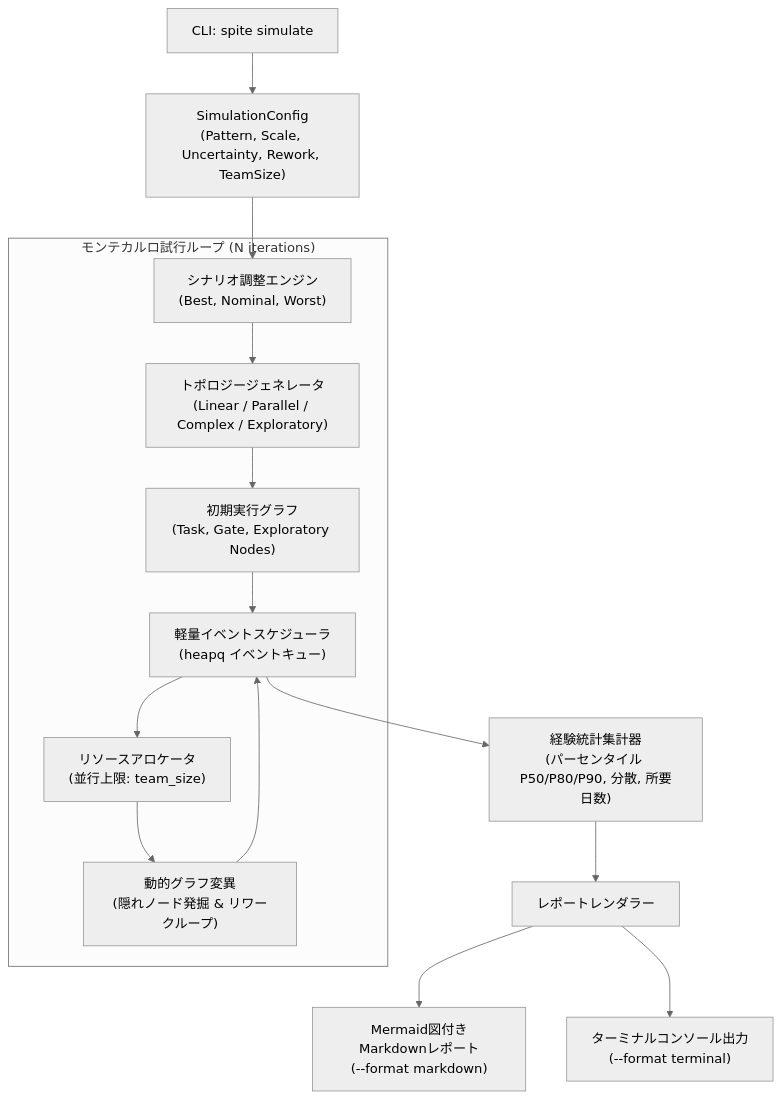
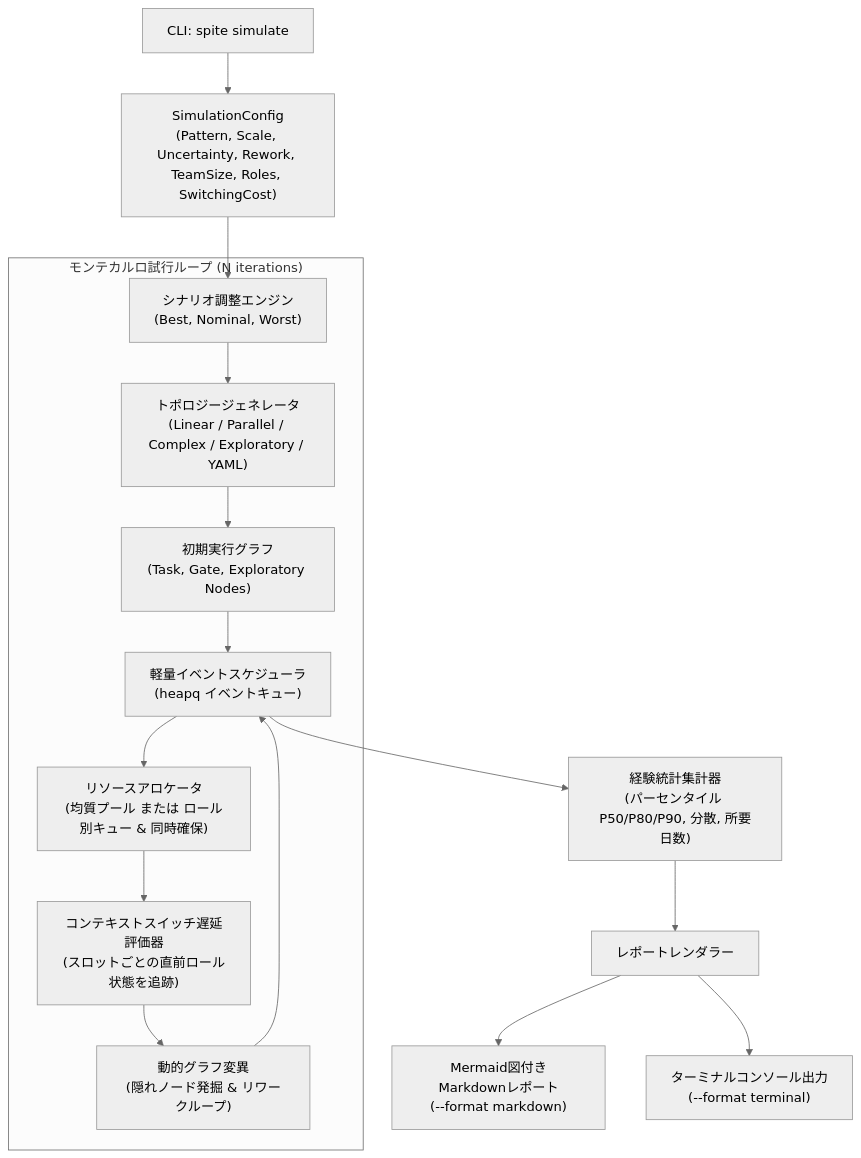
Before and after one commit to longicorn/spite: the diagram in docs/simulation/adr.ja.md, drawn with Mermaid (neutral theme). The commit also changed other lines of this file and 3 other files, not shown here.

````diff
--- a/docs/simulation/adr.ja.md
+++ b/docs/simulation/adr.ja.md
@@ -78,20 +84,21 @@
 ```mermaid
 flowchart TD
-    CLI["CLI: spite simulate"] --> Config["SimulationConfig\n(Pattern, Scale, Uncertainty, Rework, TeamSize)"]
+    CLI["CLI: spite simulate"] --> Config["SimulationConfig\n(Pattern, Scale, Uncertainty, Rework, TeamSize, Roles, SwitchingCost)"]
     Config --> ScenarioRunner["シナリオ調整エンジン\n(Best, Nominal, Worst)"]
     
     subgraph MonteCarloLoop ["モンテカルロ試行ループ (N iterations)"]
-        ScenarioRunner --> Gen["トポロジージェネレータ\n(Linear / Parallel / Complex / Exploratory)"]
+        ScenarioRunner --> Gen["トポロジージェネレータ\n(Linear / Parallel / Complex / Exploratory / YAML)"]
         Gen --> InitGraph["初期実行グラフ\n(Task, Gate, Exploratory Nodes)"]
         InitGraph --> DES["軽量イベントスケジューラ\n(heapq イベントキュー)"]
         
-        DES --> ResQueue["リソースアロケータ\n(並行上限: team_size)"]
-        ResQueue --> DynMut["動的グラフ変異\n(隠れノード発掘 & リワークループ)"]
+        DES --> ResQueue["リソースアロケータ\n(均質プール または ロール別キュー & 同時確保)"]
+        ResQueue --> SwitchEval["コンテキストスイッチ遅延評価器\n(スロットごとの直前ロール状態を追跡)"]
+        SwitchEval --> DynMut["動的グラフ変異\n(隠れノード発掘 & リワークループ)"]
         DynMut --> DES
     end
     
     DES --> Stats["経験統計集計器\n(パーセンタイル P50/P80/P90, 分散, 所要日数)"]
     Stats --> Reporter["レポートレンダラー"]
     Reporter --> MDReport["Mermaid図付きMarkdownレポート\n(--format markdown)"]
     Reporter --> TermReport["ターミナルコンソール出力\n(--format terminal)"]
 ```
````
